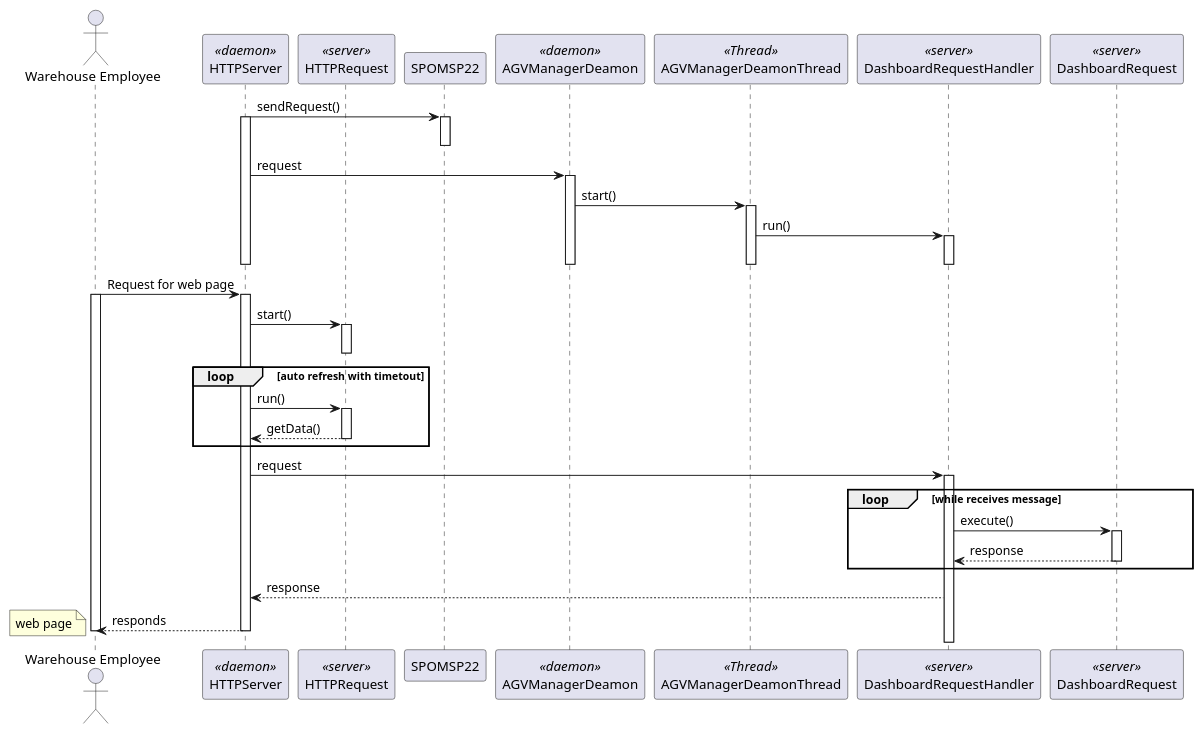
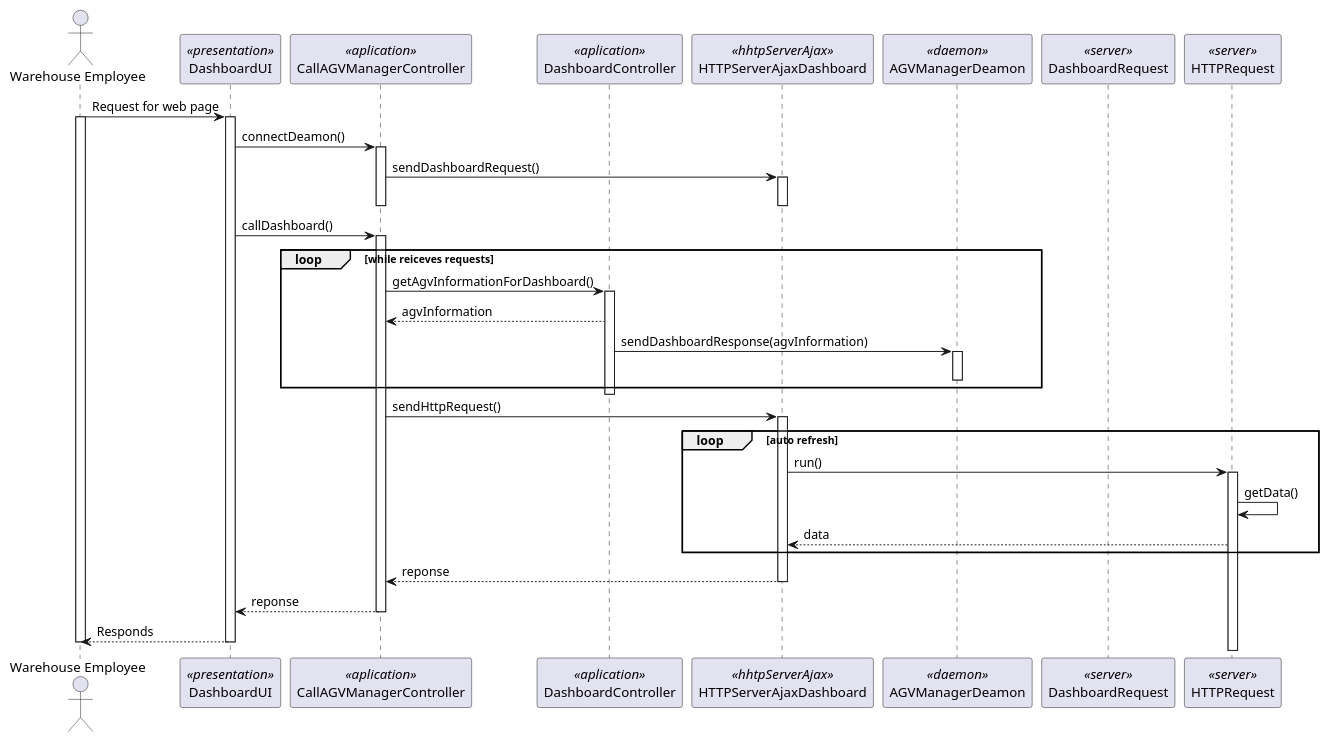
Before and after one commit to 0franciscor/lei21_22_s4_2de_01: the diagram in docs/1200720/US2005/SD_US2005.puml, drawn with PlantUML. The commit also changed 5 other files, not shown here.

```diff
--- a/docs/1200720/US2005/SD_US2005.puml
+++ b/docs/1200720/US2005/SD_US2005.puml
@@ -1,89 +1,76 @@
 @startuml
 'https://plantuml.com/sequence-diagram
 
 actor "Warehouse Employee" as EMPLOYEE
 
-participant HTTPServer as SERVER <<daemon>>
+participant DashboardUI as UI <<presentation>>
+
+participant CallAGVManagerController as CT_AGV <<aplication>>
+
+participant DashboardController as CT <<aplication>>
+
+participant HTTPServerAjaxDashboard as SERVER <<hhtpServerAjax>>
+
+participant AGVManagerDeamon as AGVSERVER <<daemon>>
+
+participant DashboardRequest as DASHBOARD_REQUEST <<server>>
 
 participant HTTPRequest as REQUEST <<server>>
 
-participant SPOMSP22 as PROTOCOL
-
-participant AGVManagerDeamon as AGVSERVER <<daemon>>
-
-participant AGVManagerDeamonThread AS THREAD <<Thread>>
-
-participant DashboardRequestHandler as HANDLER <<server>>
-
-participant DashboardRequest as DASHBOARD_REQUEST <<server>>
-
-
-SERVER -> PROTOCOL : sendRequest()
-activate SERVER
-activate PROTOCOL
-deactivate PROTOCOL
-
-SERVER -> AGVSERVER : request
-activate AGVSERVER
-
-
-AGVSERVER -> THREAD : start()
-activate THREAD
-
-THREAD -> HANDLER : run()
-activate HANDLER
-deactivate HANDLER
-
-
-deactivate AGVSERVER
-deactivate SERVER
-
-deactivate THREAD
-
-deactivate AGVSERVER
-deactivate SERVER
-
-EMPLOYEE -> SERVER :  Request for web page
-activate EMPLOYEE
-activate SERVER
-SERVER -> REQUEST : start()
-activate REQUEST
-deactivate REQUEST
-
-loop auto refresh with timetout
-
-SERVER -> REQUEST : run()
-activate REQUEST
-
-REQUEST --> SERVER : getData()
-deactivate REQUEST
-
-end
-
-SERVER -> HANDLER : request
-activate HANDLER
-
-
-loop while receives message
-
-HANDLER -> DASHBOARD_REQUEST: execute()
-activate DASHBOARD_REQUEST
-
-DASHBOARD_REQUEST --> HANDLER : response
-deactivate DASHBOARD_REQUEST
-
-
-end
-
-HANDLER --> SERVER : response
 
 
 
-SERVER --> EMPLOYEE : responds
+
+EMPLOYEE -> UI : Request for web page
+activate EMPLOYEE
+activate UI
+
+UI -> CT_AGV : connectDeamon()
+activate CT_AGV
+CT_AGV -> SERVER : sendDashboardRequest()
+
+activate SERVER
 deactivate SERVER
-deactivate EMPLOYEE
-note left: web page
+deactivate CT_AGV
+
+UI -> CT_AGV : callDashboard()
+activate CT_AGV
+
+loop while reiceves requests
+CT_AGV -> CT : getAgvInformationForDashboard()
+activate CT
+
+CT --> CT_AGV : agvInformation
 
 
+CT -> AGVSERVER : sendDashboardResponse(agvInformation)
+activate AGVSERVER
+deactivate AGVSERVER
+
+end loop
+
+deactivate CT
+
+CT_AGV -> SERVER : sendHttpRequest()
+activate SERVER
+
+loop auto refresh
+SERVER -> REQUEST : run()
+activate REQUEST
+REQUEST -> REQUEST : getData()
+
+REQUEST --> SERVER : data
+end loop
+
+SERVER --> CT_AGV : reponse
+
+deactivate SERVER
+
+CT_AGV --> UI : reponse
+deactivate CT_AGV
+UI --> EMPLOYEE : Responds
+deactivate UI
+
+deactivate EMPLOYEE
 
 @enduml
```
